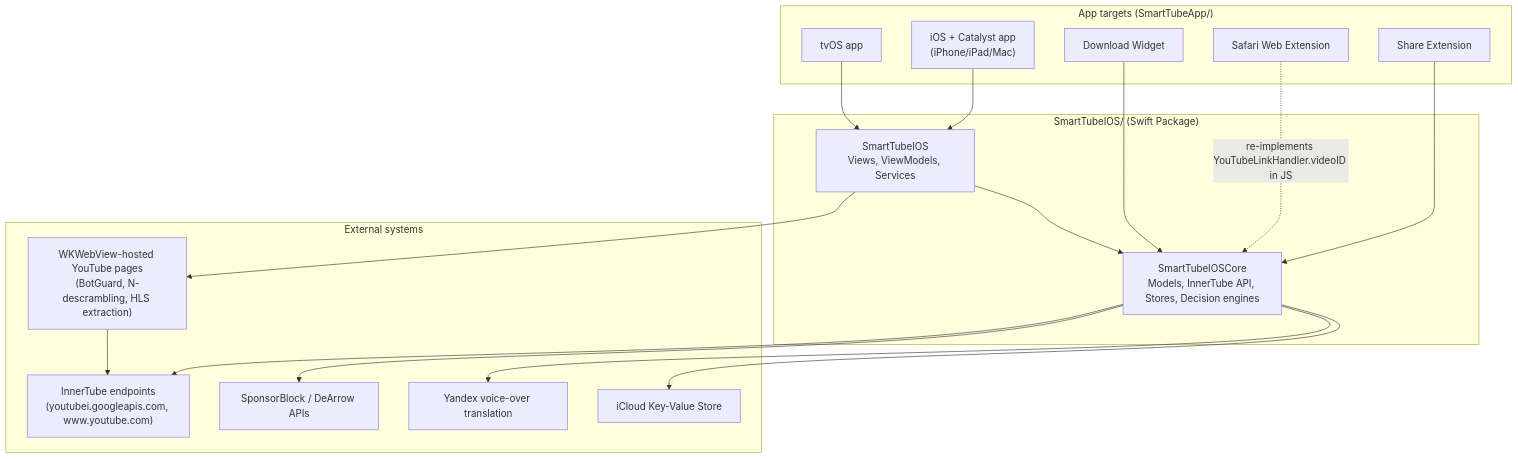
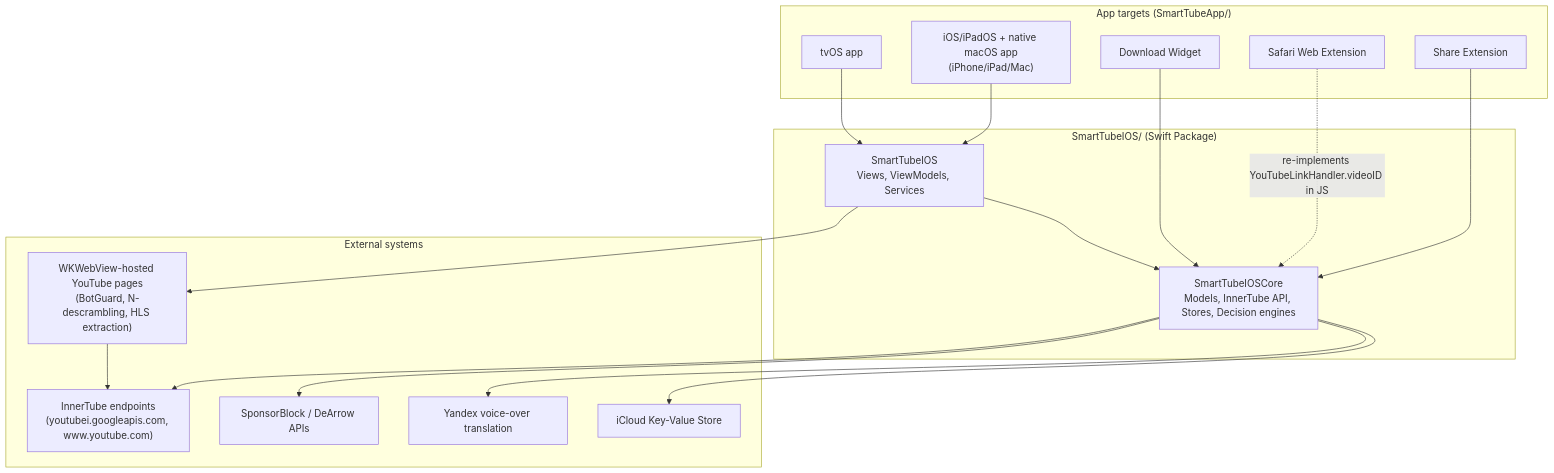
The diagram in docs/architecture.md (cioxideru/VoxaFrame), drawn with Mermaid before and after one commit. The commit also changed other lines of this file and 40 other files, not shown here.

````diff
--- a/docs/architecture.md
+++ b/docs/architecture.md
@@ -10,34 +13,34 @@
 ```mermaid
 graph TD
     subgraph Apps["App targets (SmartTubeApp/)"]
-        iOS["iOS + Catalyst app<br/>(iPhone/iPad/Mac)"]
+        iOS["iOS/iPadOS + native macOS app<br/>(iPhone/iPad/Mac)"]
         TV["tvOS app"]
         Share["Share Extension"]
         Safari["Safari Web Extension"]
         Widget["Download Widget"]
     end
     subgraph Pkg["SmartTubeIOS/ (Swift Package)"]
         UI["SmartTubeIOS<br/>Views, ViewModels, Services"]
         Core["SmartTubeIOSCore<br/>Models, InnerTube API, Stores, Decision engines"]
     end
     subgraph Ext["External systems"]
         InnerTube["InnerTube endpoints<br/>(youtubei.googleapis.com, www.youtube.com)"]
         SponsorBlock["SponsorBlock / DeArrow APIs"]
         Yandex["Yandex voice-over translation"]
         iCloudKVS["iCloud Key-Value Store"]
         WebPlayer["WKWebView-hosted YouTube pages<br/>(BotGuard, N-descrambling, HLS extraction)"]
     end
 
     iOS --> UI
     TV --> UI
     Share --> Core
     Safari -.->|"re-implements YouTubeLinkHandler.videoID in JS"| Core
     Widget --> Core
     UI --> Core
     Core --> InnerTube
     Core --> SponsorBlock
     Core --> Yandex
     Core --> iCloudKVS
     UI --> WebPlayer
     WebPlayer --> InnerTube
 ```
````
